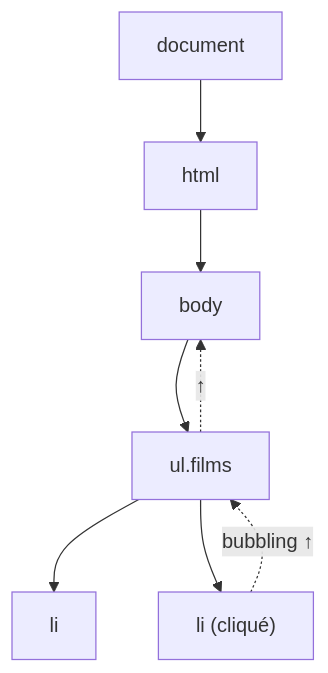
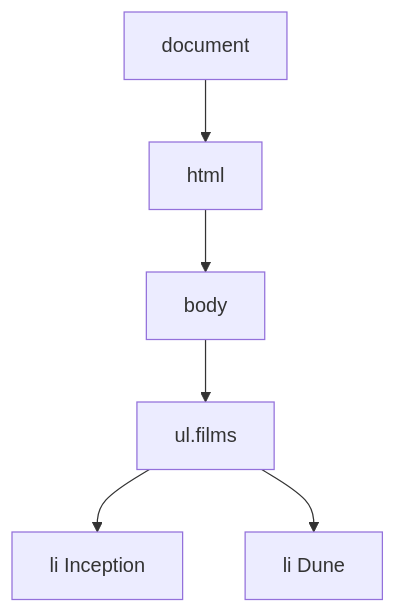
The diagram in 03-Langage/JavaScript/JS-08-DOM-Evenements.md (galsen-76/Informatique-), drawn with Mermaid before and after one commit. The commit also changed other lines of this file and 43 other files, not shown here.

````diff
--- a/03-Langage/JavaScript/JS-08-DOM-Evenements.md
+++ b/03-Langage/JavaScript/JS-08-DOM-Evenements.md
@@ -71,7 +29,6 @@
 ```mermaid
 flowchart TB
-  D[document] --> H[html] --> B[body] --> U["ul.films"] --> L1["li"]
-  U --> L2["li (cliqué)"]
-  L2 -. "bubbling ↑" .-> U
-  U -. "↑" .-> B
+  D[document] --> H[html] --> B[body] --> U["ul.films"]
+  U --> L1["li Inception"]
+  U --> L2["li Dune"]
 ```
````
